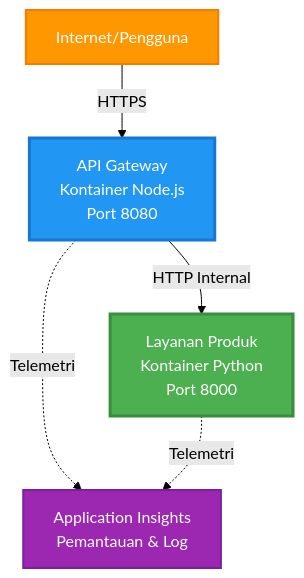
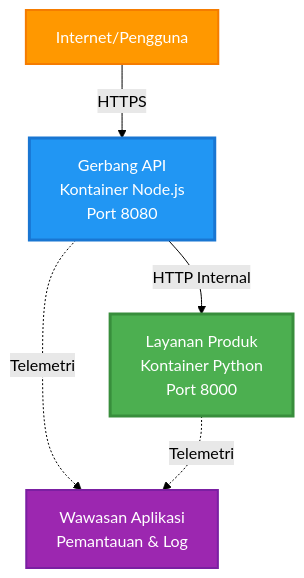
The first of 4 diagrams in translations/id/examples/microservices/README.md (microsoft/AZD-for-beginners), drawn with Mermaid (forest theme) before and after one commit. The commit also changed other lines of this file and 242 other files, not shown here.

````diff
--- a/translations/id/examples/microservices/README.md
+++ b/translations/id/examples/microservices/README.md
@@ -40,17 +31,17 @@
 ```mermaid
 graph TB
     Internet[Internet/Pengguna]
-    Gateway[API Gateway<br/>Kontainer Node.js<br/>Port 8080]
+    Gateway[Gerbang API<br/>Kontainer Node.js<br/>Port 8080]
     Product[Layanan Produk<br/>Kontainer Python<br/>Port 8000]
-    AppInsights[Application Insights<br/>Pemantauan & Log]
+    AppInsights[Wawasan Aplikasi<br/>Pemantauan & Log]
     
     Internet -->|HTTPS| Gateway
     Gateway -->|HTTP Internal| Product
     Gateway -.->|Telemetri| AppInsights
     Product -.->|Telemetri| AppInsights
     
     style Gateway fill:#2196F3,stroke:#1976D2,stroke-width:3px,color:#fff
     style Product fill:#4CAF50,stroke:#388E3C,stroke-width:3px,color:#fff
     style Internet fill:#FF9800,stroke:#F57C00,stroke-width:2px,color:#fff
     style AppInsights fill:#9C27B0,stroke:#7B1FA2,stroke-width:2px,color:#fff
 ```
````
